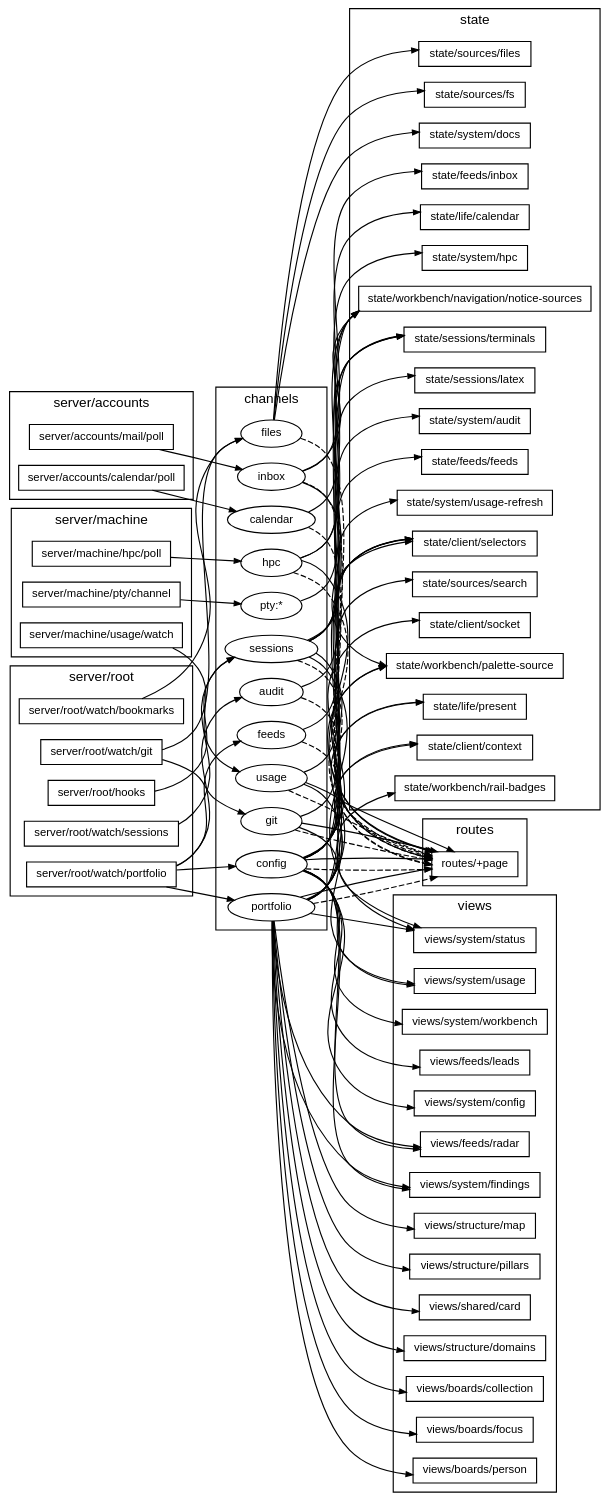
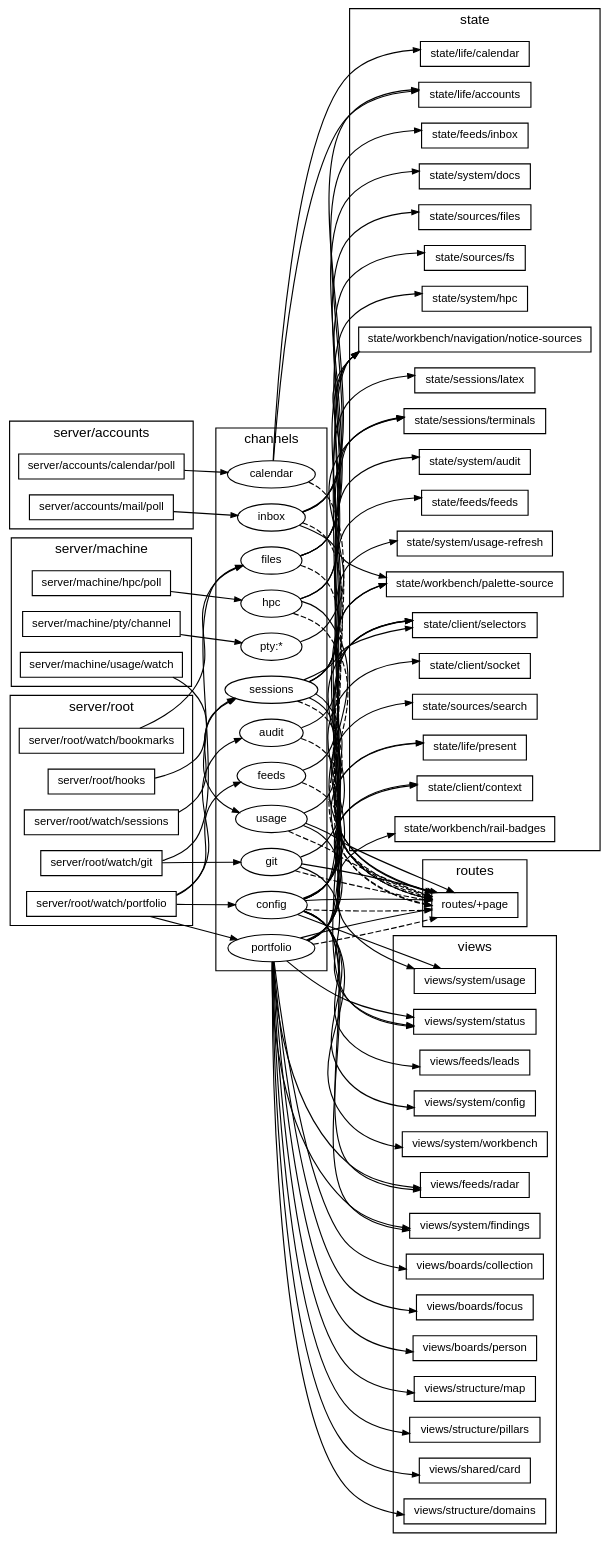
The diagram in docs/diagrams/channels.dot (TheAxeC/oculus), drawn with Graphviz before and after one commit. The commit also changed 115 other files, not shown here.

First line of the commit message:
Land Q67: accounts added and set up from the Calendar and the Inbox

```diff
--- a/docs/diagrams/channels.dot
+++ b/docs/diagrams/channels.dot
@@ -1,163 +1,166 @@
 digraph channels {
     graph [bgcolor="transparent", rankdir=LR, fontname="Helvetica,Arial,sans-serif", fontsize=12, nodesep=0.2, ranksep=0.5];
     node [shape=box, color="black", fontcolor="black", fontname="Helvetica,Arial,sans-serif", fontsize=10, height=0.3, margin="0.12,0.04"];
     edge [color="black", fontcolor="black", fontname="Helvetica,Arial,sans-serif", fontsize=8, arrowsize=0.6];
     subgraph "cluster_publish server/accounts" {
         label="server/accounts"; style=solid;
         "server/accounts/calendar/poll";
         "server/accounts/mail/poll";
     }
     subgraph "cluster_publish server/machine" {
         label="server/machine"; style=solid;
         "server/machine/hpc/poll";
         "server/machine/pty/channel";
         "server/machine/usage/watch";
     }
     subgraph "cluster_publish server/root" {
         label="server/root"; style=solid;
         "server/root/hooks";
         "server/root/watch/bookmarks";
         "server/root/watch/git";
         "server/root/watch/portfolio";
         "server/root/watch/sessions";
     }
     subgraph "cluster_channels" {
         label="channels"; style=solid;
         "ch audit" [label="audit", shape=ellipse];
         "ch calendar" [label="calendar", shape=ellipse];
         "ch config" [label="config", shape=ellipse];
         "ch feeds" [label="feeds", shape=ellipse];
         "ch files" [label="files", shape=ellipse];
         "ch git" [label="git", shape=ellipse];
         "ch hpc" [label="hpc", shape=ellipse];
         "ch inbox" [label="inbox", shape=ellipse];
         "ch portfolio" [label="portfolio", shape=ellipse];
         "ch pty:*" [label="pty:*", shape=ellipse];
         "ch sessions" [label="sessions", shape=ellipse];
         "ch usage" [label="usage", shape=ellipse];
     }
     subgraph "cluster_read state" {
         label="state"; style=solid;
         "state/client/context";
         "state/client/selectors";
         "state/client/socket";
         "state/feeds/feeds";
         "state/feeds/inbox";
+        "state/life/accounts";
         "state/life/calendar";
         "state/life/present";
         "state/sessions/latex";
         "state/sessions/terminals";
         "state/sources/files";
         "state/sources/fs";
         "state/sources/search";
         "state/system/audit";
         "state/system/docs";
         "state/system/hpc";
         "state/system/usage-refresh";
         "state/workbench/navigation/notice-sources";
         "state/workbench/palette-source";
         "state/workbench/rail-badges";
     }
     subgraph "cluster_read views" {
         label="views"; style=solid;
         "views/boards/collection";
         "views/boards/focus";
         "views/boards/person";
         "views/feeds/leads";
         "views/feeds/radar";
         "views/shared/card";
         "views/structure/domains";
         "views/structure/map";
         "views/structure/pillars";
         "views/system/config";
         "views/system/findings";
         "views/system/status";
         "views/system/usage";
         "views/system/workbench";
     }
     subgraph "cluster_read routes" {
         label="routes"; style=solid;
         "routes/+page";
     }
     "ch audit" -> "routes/+page" [style=dashed];
     "ch audit" -> "state/system/audit";
     "ch calendar" -> "routes/+page" [style=dashed];
+    "ch calendar" -> "state/life/accounts";
     "ch calendar" -> "state/life/calendar";
     "ch config" -> "routes/+page" [style=dashed];
     "ch config" -> "routes/+page";
     "ch config" -> "state/client/context";
     "ch config" -> "state/client/selectors";
     "ch config" -> "state/client/socket";
     "ch config" -> "state/life/present";
     "ch config" -> "state/sessions/terminals";
     "ch config" -> "state/sources/search";
     "ch config" -> "state/workbench/palette-source";
     "ch config" -> "views/feeds/leads";
     "ch config" -> "views/feeds/radar";
     "ch config" -> "views/system/config";
     "ch config" -> "views/system/findings";
     "ch config" -> "views/system/usage";
     "ch config" -> "views/system/workbench";
     "ch feeds" -> "routes/+page" [style=dashed];
     "ch feeds" -> "state/feeds/feeds";
     "ch files" -> "routes/+page" [style=dashed];
     "ch files" -> "state/sources/files";
     "ch files" -> "state/sources/fs";
     "ch files" -> "state/system/docs";
     "ch git" -> "routes/+page" [style=dashed];
     "ch git" -> "routes/+page";
     "ch git" -> "state/client/selectors";
     "ch git" -> "views/system/status";
     "ch hpc" -> "routes/+page" [style=dashed];
     "ch hpc" -> "routes/+page";
     "ch hpc" -> "state/system/hpc";
     "ch hpc" -> "state/workbench/navigation/notice-sources";
     "ch inbox" -> "routes/+page" [style=dashed];
     "ch inbox" -> "state/feeds/inbox";
+    "ch inbox" -> "state/life/accounts";
     "ch inbox" -> "state/workbench/navigation/notice-sources";
     "ch inbox" -> "state/workbench/palette-source";
     "ch portfolio" -> "routes/+page" [style=dashed];
     "ch portfolio" -> "routes/+page";
     "ch portfolio" -> "state/client/context";
     "ch portfolio" -> "state/client/selectors";
     "ch portfolio" -> "state/life/present";
     "ch portfolio" -> "state/workbench/navigation/notice-sources";
     "ch portfolio" -> "state/workbench/palette-source";
     "ch portfolio" -> "state/workbench/rail-badges";
     "ch portfolio" -> "views/boards/collection";
     "ch portfolio" -> "views/boards/focus";
     "ch portfolio" -> "views/boards/person";
     "ch portfolio" -> "views/feeds/radar";
     "ch portfolio" -> "views/shared/card";
     "ch portfolio" -> "views/structure/domains";
     "ch portfolio" -> "views/structure/map";
     "ch portfolio" -> "views/structure/pillars";
     "ch portfolio" -> "views/system/findings";
     "ch portfolio" -> "views/system/status";
     "ch pty:*" -> "state/sessions/terminals";
     "ch sessions" -> "routes/+page" [style=dashed];
     "ch sessions" -> "routes/+page";
     "ch sessions" -> "state/client/selectors";
     "ch sessions" -> "state/sessions/latex";
     "ch sessions" -> "state/sessions/terminals";
     "ch sessions" -> "state/workbench/navigation/notice-sources";
     "ch sessions" -> "views/system/status";
     "ch usage" -> "routes/+page" [style=dashed];
     "ch usage" -> "routes/+page";
     "ch usage" -> "state/system/usage-refresh";
     "ch usage" -> "views/system/usage";
     "server/accounts/calendar/poll" -> "ch calendar";
     "server/accounts/mail/poll" -> "ch inbox";
     "server/machine/hpc/poll" -> "ch hpc";
     "server/machine/pty/channel" -> "ch pty:*";
     "server/machine/usage/watch" -> "ch usage";
     "server/root/hooks" -> "ch sessions";
     "server/root/watch/bookmarks" -> "ch files";
     "server/root/watch/git" -> "ch files";
     "server/root/watch/git" -> "ch git";
     "server/root/watch/portfolio" -> "ch audit";
     "server/root/watch/portfolio" -> "ch config";
     "server/root/watch/portfolio" -> "ch feeds";
     "server/root/watch/portfolio" -> "ch portfolio";
     "server/root/watch/sessions" -> "ch sessions";
 }
```
